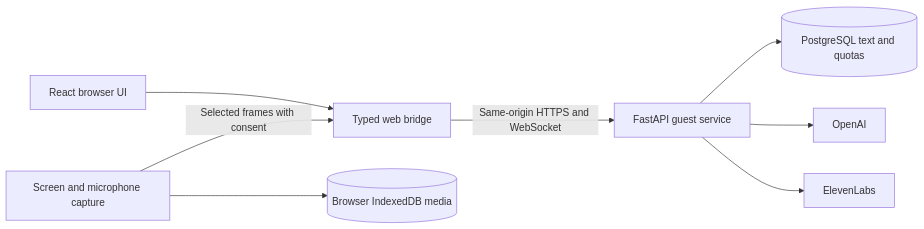
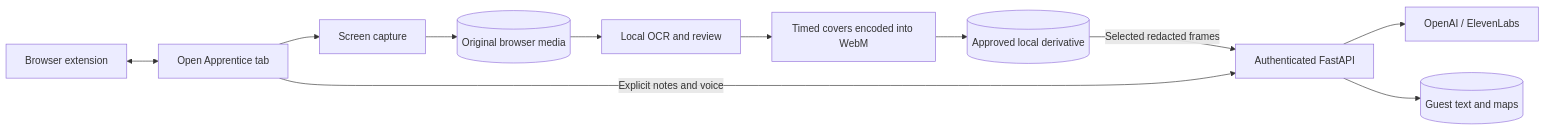
The diagram in README.md (nsbarnett/hack-nation_eleven-labs), drawn with Mermaid before and after one commit. The commit also changed other lines of this file and 80 other files, not shown here.

First line of the commit message:
feat: add evidence-based evaluation, privacy review, and browser companion

````diff
--- a/README.md
+++ b/README.md
@@ -46,10 +65,13 @@
 ```mermaid
 flowchart LR
-    UI[React browser UI] --> Bridge[Typed web bridge]
-    Capture[Screen and microphone capture] --> Local[(Browser IndexedDB media)]
-    Capture -->|Selected frames with consent| Bridge
-    Bridge -->|Same-origin HTTPS and WebSocket| API[FastAPI guest service]
-    API --> DB[(PostgreSQL text and quotas)]
-    API --> AI[OpenAI]
-    API --> Voice[ElevenLabs]
+  Orb[Browser extension] <--> UI[Open Apprentice tab]
+  UI --> Capture[Screen capture]
+  Capture --> Local[(Original browser media)]
+  Local --> OCR[Local OCR and review]
+  OCR --> Render[Timed covers encoded into WebM]
+  Render --> Approved[(Approved local derivative)]
+  Approved -->|Selected redacted frames| API[Authenticated FastAPI]
+  UI -->|Explicit notes and voice| API
+  API --> Models[OpenAI / ElevenLabs]
+  API --> DB[(Guest text and maps)]
 ```
````
